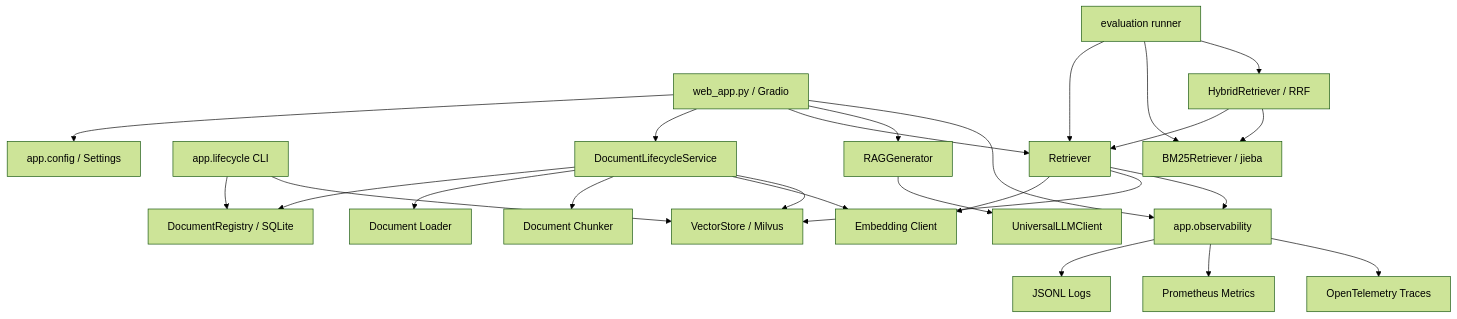
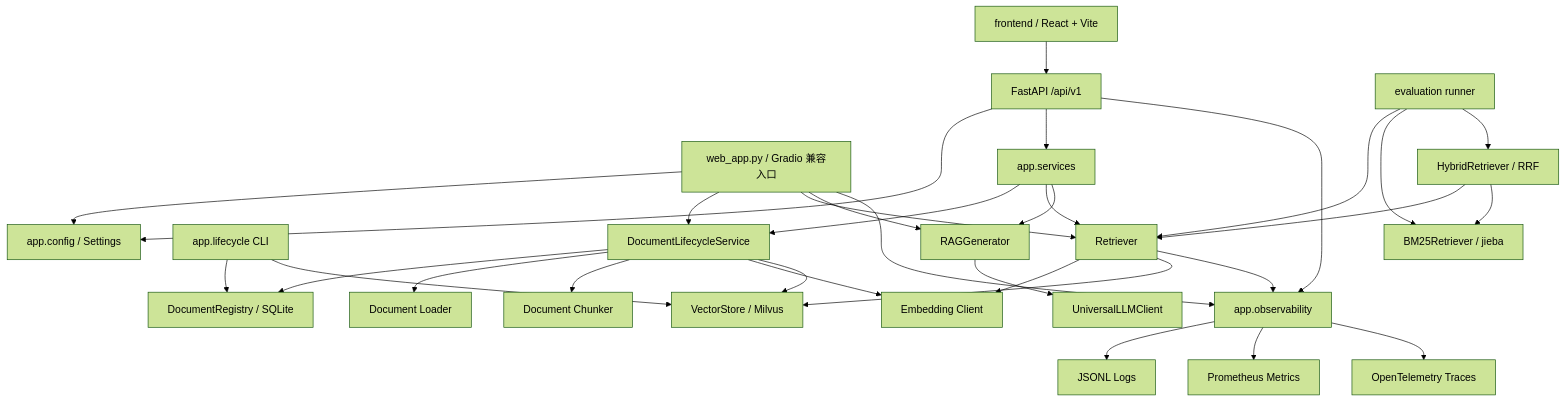
One commit to Zhou-Jin-Feng/DocuMind changed the diagram in ARCHITECTURE.md. Above: the diagram before and after it, drawn with Mermaid (forest theme). The commit also changed other lines of this file and 9 other files, not shown here.

````diff
--- a/ARCHITECTURE.md
+++ b/ARCHITECTURE.md
@@ -5,27 +5,34 @@
 ```mermaid
 flowchart TD
-    UI["web_app.py / Gradio"] --> CFG["app.config / Settings"]
+    GRADIO["web_app.py / Gradio 兼容入口"] --> CFG["app.config / Settings"]
+    FRONTEND["frontend / React + Vite"] --> API["FastAPI /api/v1"]
+    API --> CFG
+    API --> SERVICE["app.services"]
     CLI["app.lifecycle CLI"] --> REG["DocumentRegistry / SQLite"]
     CLI --> VS
-    UI --> LC["DocumentLifecycleService"]
+    GRADIO --> LC["DocumentLifecycleService"]
+    SERVICE --> LC
     LC --> REG
     LC --> LOAD["Document Loader"]
     LC --> CHUNK["Document Chunker"]
     LC --> EMB["Embedding Client"]
     LC --> VS["VectorStore / Milvus"]
-    UI --> RET["Retriever"]
+    GRADIO --> RET["Retriever"]
+    SERVICE --> RET
     RET --> EMB
     RET --> VS
     EVAL["evaluation runner"] --> RET
     EVAL --> LEX["BM25Retriever / jieba"]
     EVAL --> HYB["HybridRetriever / RRF"]
     HYB --> RET
     HYB --> LEX
-    UI --> GEN["RAGGenerator"]
+    GRADIO --> GEN["RAGGenerator"]
+    SERVICE --> GEN
     GEN --> LLM["UniversalLLMClient"]
-    UI --> OBS["app.observability"]
+    API --> OBS["app.observability"]
+    GRADIO --> OBS
     RET --> OBS
     OBS --> LOG["JSONL Logs"]
     OBS --> MET["Prometheus Metrics"]
     OBS --> TRACE["OpenTelemetry Traces"]
 ```
````
